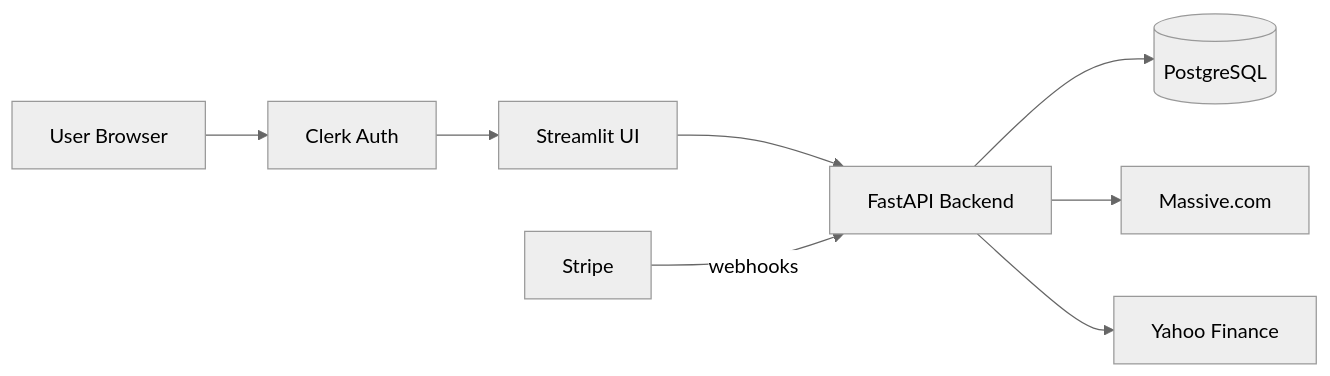
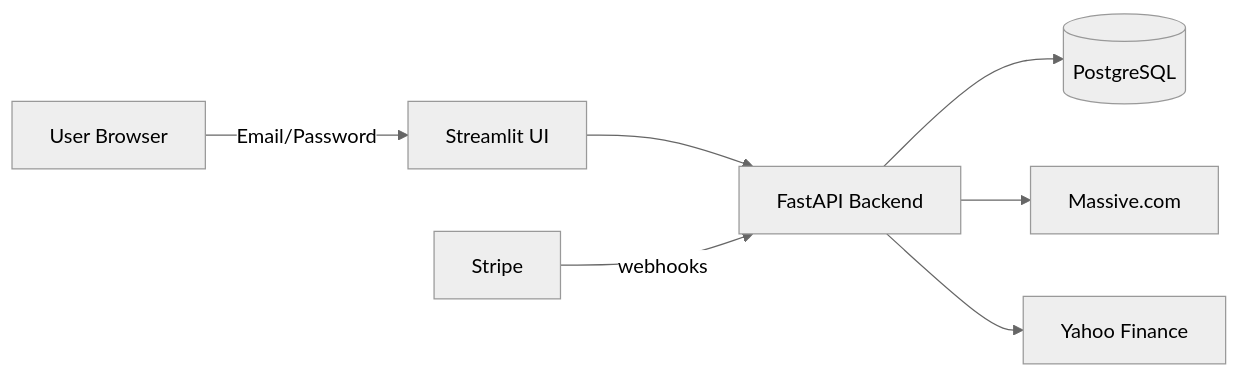
Before and after one commit to pk-ux/PutOptionsTrading: the second of 2 diagrams in README.md, drawn with Mermaid (neutral theme). The commit also changed other lines of this file and 2 other files, not shown here.

````diff
--- a/README.md
+++ b/README.md
@@ -102,19 +102,17 @@
 ```mermaid
 flowchart LR
     User[User Browser]
-    Clerk[Clerk Auth]
     Streamlit[Streamlit UI]
     FastAPI[FastAPI Backend]
     Postgres[(PostgreSQL)]
     Massive[Massive.com]
     Yahoo[Yahoo Finance]
     Stripe[Stripe]
     
-    User --> Clerk
-    Clerk --> Streamlit
+    User -->|Email/Password| Streamlit
     Streamlit --> FastAPI
     FastAPI --> Postgres
     FastAPI --> Massive
     FastAPI --> Yahoo
     Stripe -->|webhooks| FastAPI
 ```
````
